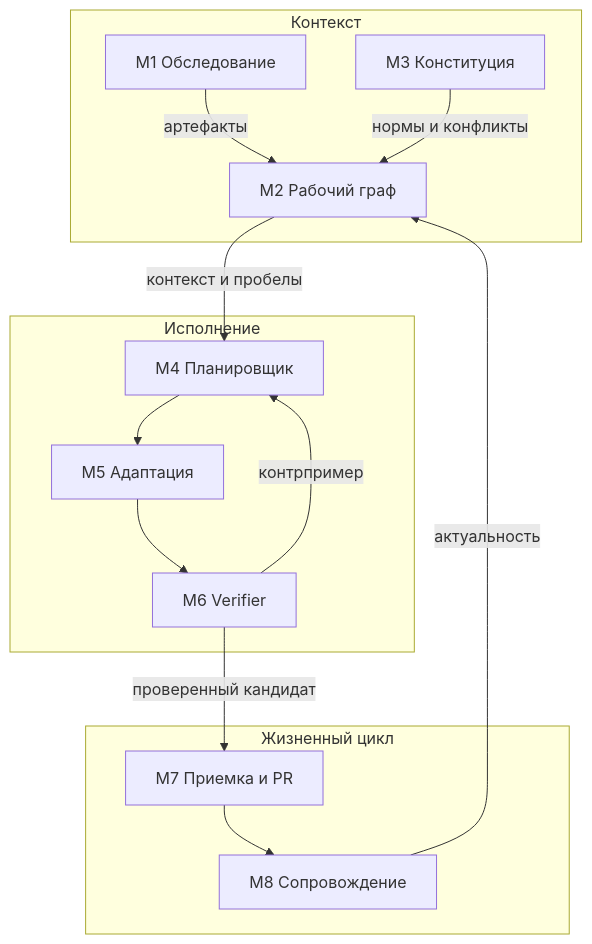
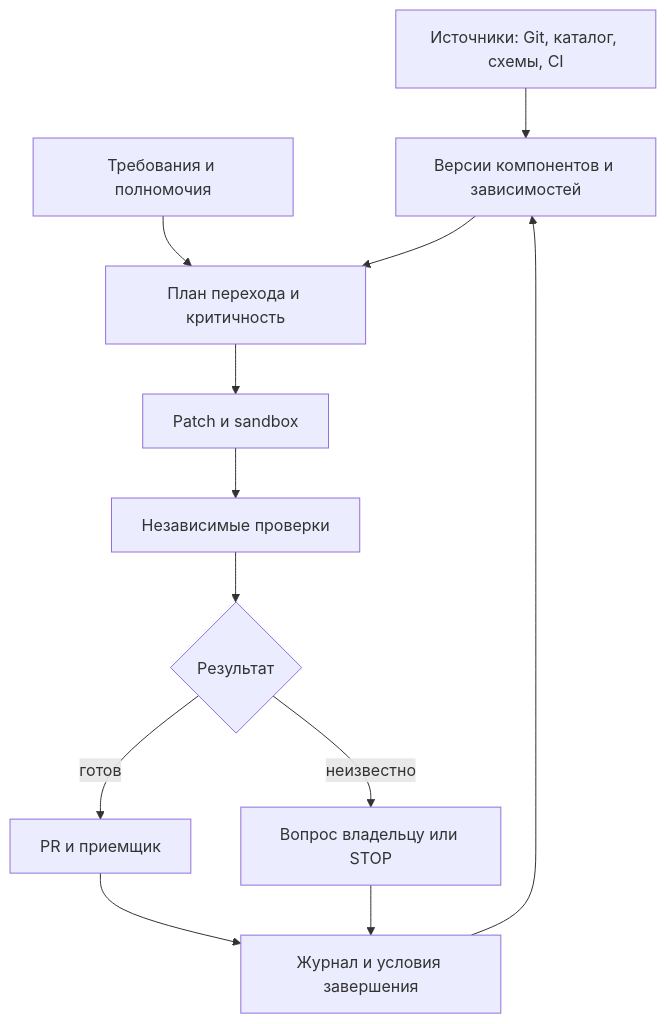
Before and after one commit to rengalaxies/agent: the diagram in docs/product-rebuild-2026-10-16.md, drawn with Mermaid. The commit also changed other lines of this file and 3 other files, not shown here.

````diff
--- a/docs/product-rebuild-2026-10-16.md
+++ b/docs/product-rebuild-2026-10-16.md
@@ -682,18 +87,14 @@
 ```mermaid
 flowchart TD
-    subgraph Context["Контекст"]
-        M1["M1 Обследование"] -->|"артефакты"| M2["M2 Рабочий граф"]
-        M3["M3 Конституция"] -->|"нормы и конфликты"| M2
-    end
-    subgraph Execution["Исполнение"]
-        M4["M4 Планировщик"] --> M5["M5 Адаптация"]
-        M5 --> M6["M6 Verifier"]
-        M6 -->|"контрпример"| M4
-    end
-    subgraph Lifecycle["Жизненный цикл"]
-        M7["M7 Приемка и PR"] --> M8["M8 Сопровождение"]
-    end
-    M2 -->|"контекст и пробелы"| M4
-    M6 -->|"проверенный кандидат"| M7
-    M8 -->|"актуальность"| M2
+  S["Источники: Git, каталог, схемы, CI"] --> G["Версии компонентов и зависимостей"]
+  R["Требования и полномочия"] --> P["План перехода и критичность"]
+  G --> P
+  P --> X["Patch и sandbox"]
+  X --> V["Независимые проверки"]
+  V --> D{"Результат"}
+  D -->|"готов"| A["PR и приемщик"]
+  D -->|"неизвестно"| Q["Вопрос владельцу или STOP"]
+  A --> J["Журнал и условия завершения"]
+  Q --> J
+  J --> G
 ```
````
